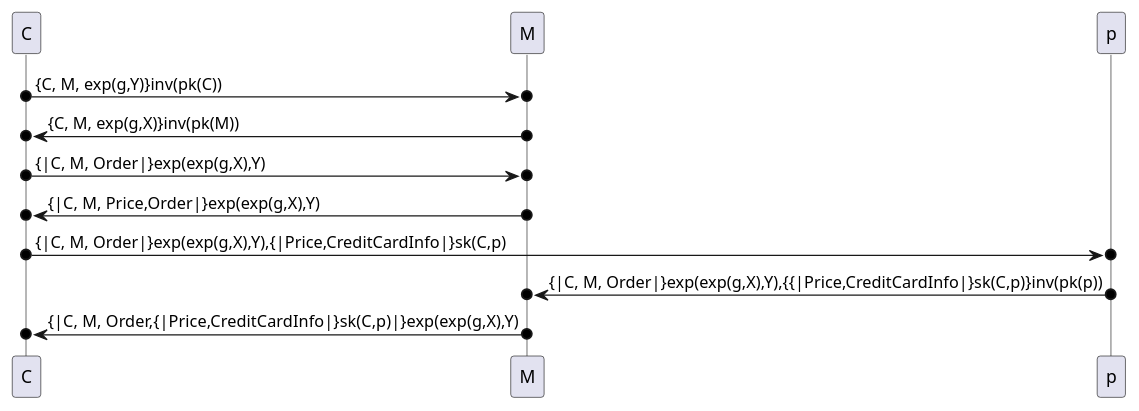
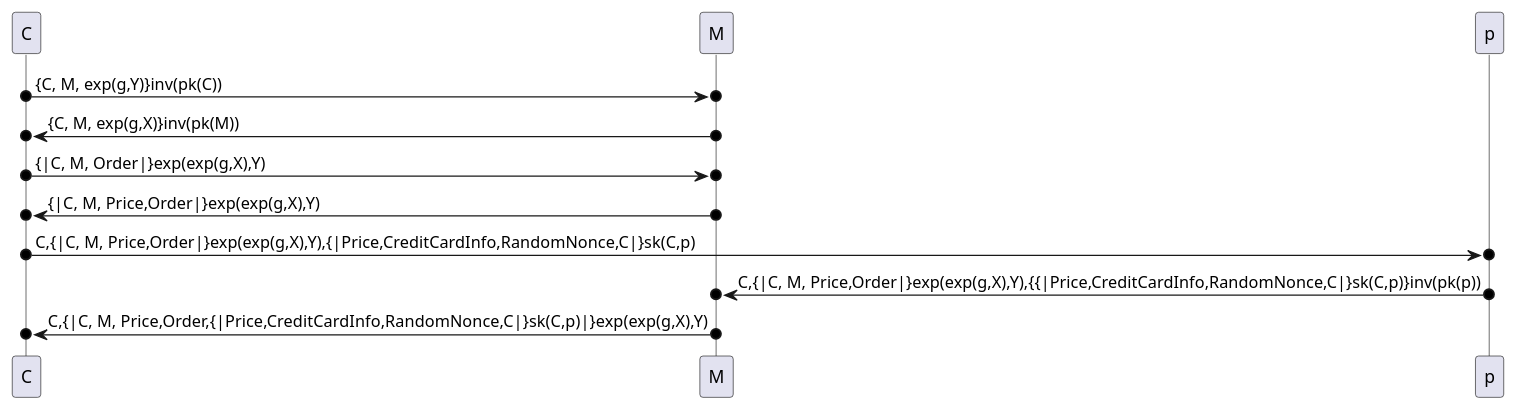
One commit to DDFipZ/02244-Logic-Security changed the diagram in Iterations/iteration5.puml. Above: the diagram before and after it, drawn with PlantUML. The commit also changed 1 other file, not shown here.

```diff
--- a/Iterations/iteration5.puml
+++ b/Iterations/iteration5.puml
@@ -1,22 +1,22 @@
 @startuml
 <Style>
 sequenceDiagram {
     Lifeline {
         linestyle solid
     }
 }
 </Style>
 
 participant C as "C"
 participant M as "M"
 participant p as "p"
 
 C o->o M : {C, M, exp(g,Y)}inv(pk(C))
 M o->o C : {C, M, exp(g,X)}inv(pk(M))
 C o->o M : {|C, M, Order|}exp(exp(g,X),Y)
 M o->o C : {|C, M, Price,Order|}exp(exp(g,X),Y)
-C o->o p : {|C, M, Order|}exp(exp(g,X),Y),{|Price,CreditCardInfo|}sk(C,p)
-p o->o M : {|C, M, Order|}exp(exp(g,X),Y),{{|Price,CreditCardInfo|}sk(C,p)}inv(pk(p))
-M o->o C : {|C, M, Order,{|Price,CreditCardInfo|}sk(C,p)|}exp(exp(g,X),Y)
+C o->o p : C,{|C, M, Price,Order|}exp(exp(g,X),Y),{|Price,CreditCardInfo,RandomNonce,C|}sk(C,p)
+p o->o M : C,{|C, M, Price,Order|}exp(exp(g,X),Y),{{|Price,CreditCardInfo,RandomNonce,C|}sk(C,p)}inv(pk(p))
+M o->o C : C,{|C, M, Price,Order,{|Price,CreditCardInfo,RandomNonce,C|}sk(C,p)|}exp(exp(g,X),Y)
 
 @enduml
```
